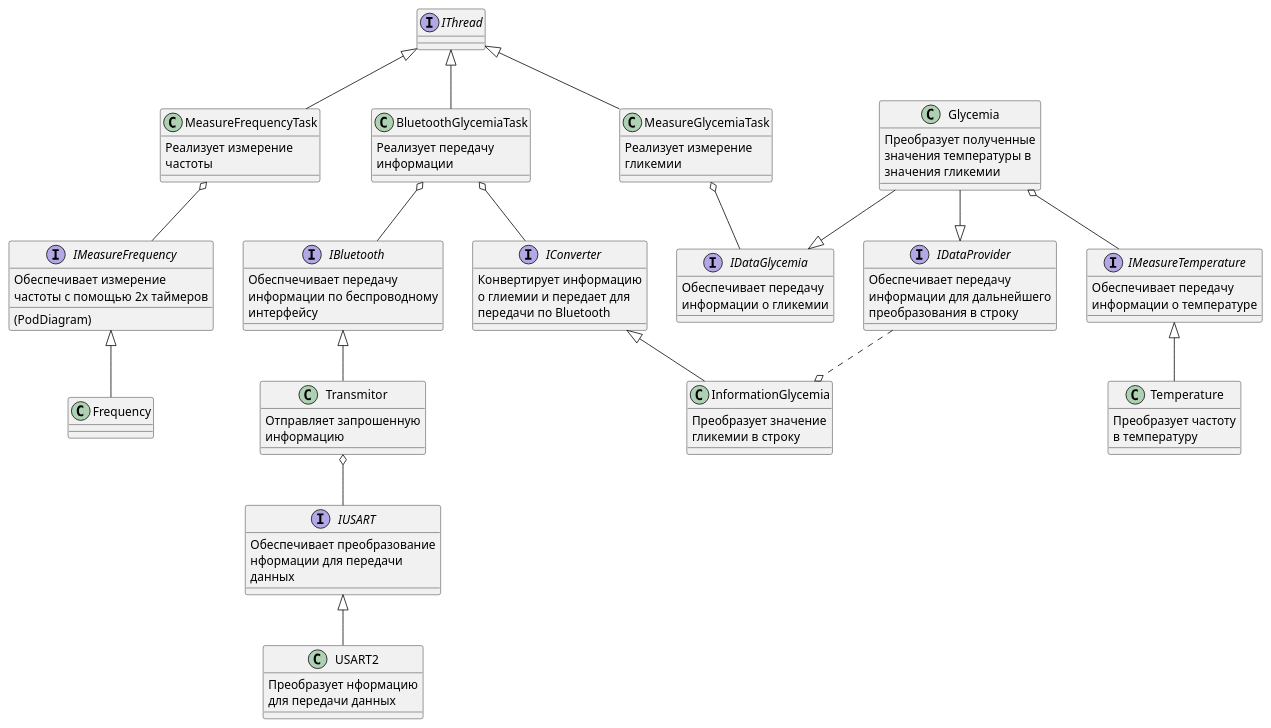
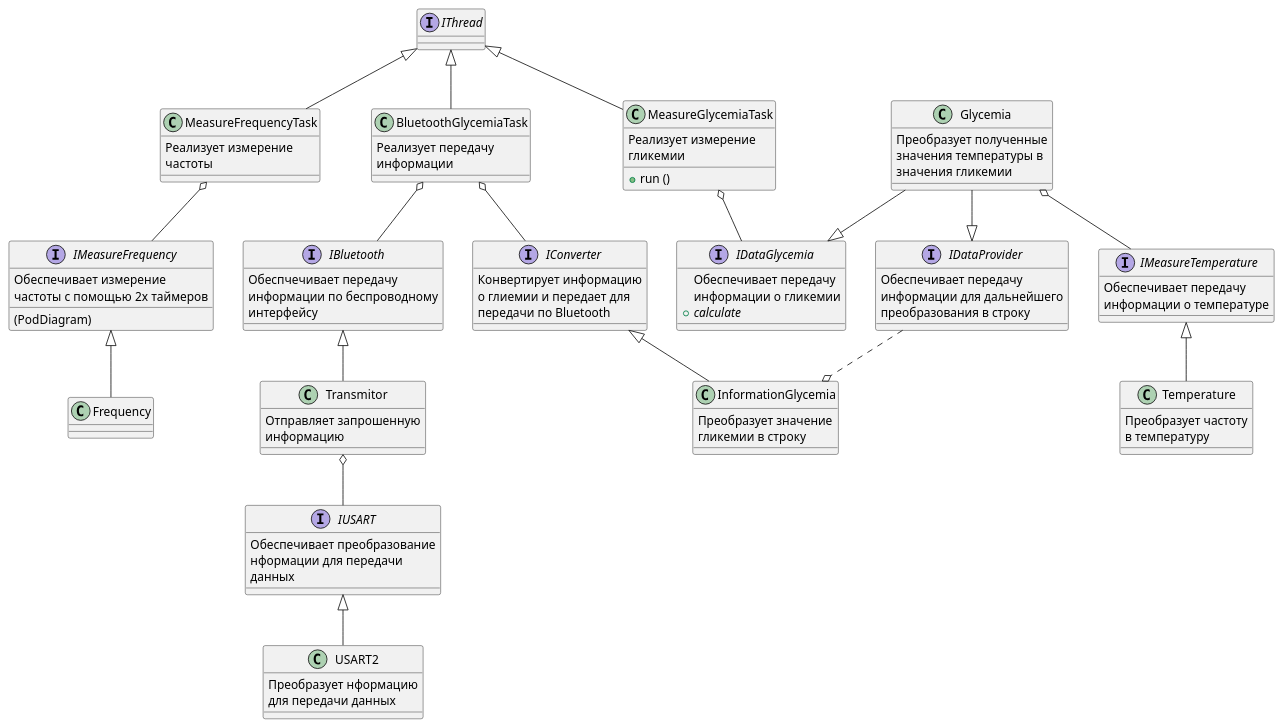
The diagram in DOC/Diagram.puml (Luda-Seliv-KE-413/Kursovoy), drawn with PlantUML before and after one commit.

Commit message:
сохранение

```diff
--- a/DOC/Diagram.puml
+++ b/DOC/Diagram.puml
@@ -1,109 +1,111 @@
 @startuml main 
 
 interface IThread
 class MeasureGlycemiaTask
 {
     Реализует измерение
     гликемии
+    + run ()
 }
 class Glycemia
 {
     Преобразует полученные
     значения температуры в
     значения гликемии
 }
 interface IMeasureTemperature
 {
     Обеспечивает передачу
     информации о температуре
 }
 class Temperature
 {
     Преобразует частоту
     в температуру
 }
 class MeasureFrequencyTask
 {
     Реализует измерение
     частоты
 }
 interface IMeasureFrequency
 {
     Обеспечивает измерение
     частоты с помощью 2х таймеров
     (PodDiagram)
 }
 class Frequency
 
 IThread <|-down- MeasureGlycemiaTask
 IDataGlycemia -up-o MeasureGlycemiaTask
 IDataGlycemia <|-up- Glycemia
 IMeasureTemperature -up-o Glycemia
 Temperature -up-|> IMeasureTemperature
 Frequency -up-|> IMeasureFrequency
 MeasureFrequencyTask -up-|> IThread
 IMeasureFrequency -up-o MeasureFrequencyTask
 
 class BluetoothGlycemiaTask
 {
     Реализует передачу
     информации
 }
 class USART2
 {
     Преобразует нформацию
     для передачи данных
 }
 class Transmitor
 {
     Отправляет запрошенную
     информацию
 }
 interface IDataGlycemia
 {
     Обеспечивает передачу
     информации о гликемии
+    + {abstract} calculate
 }
 class InformationGlycemia
 {
     Преобразует значение 
     гликемии в строку
 }
 interface IBluetooth
 {
     Обеспчечивает передачу 
     информации по беспроводному
     интерфейсу
 }
 interface IUSART
 {
     Обеспечивает преобразование 
     нформации для передачи 
     данных
 }
 interface IConverter
 {
     Конвертирует информацию 
     о глиемии и передает для 
     передачи по Bluetooth
 }
 interface IDataProvider
 {
     Обеспечивает передачу 
     информации для дальнейшего 
     преобразования в строку
 }
 
 IThread <|-- BluetoothGlycemiaTask
 BluetoothGlycemiaTask o-- IBluetooth
 Transmitor -up-|> IBluetooth
 IUSART -up-o Transmitor
 USART2 -up-|> IUSART
 InformationGlycemia -up-|> IConverter
 IConverter -up-o BluetoothGlycemiaTask
 
 
 InformationGlycemia o.up.IDataProvider
 Glycemia --|> IDataProvider
 
 @enduml
```
